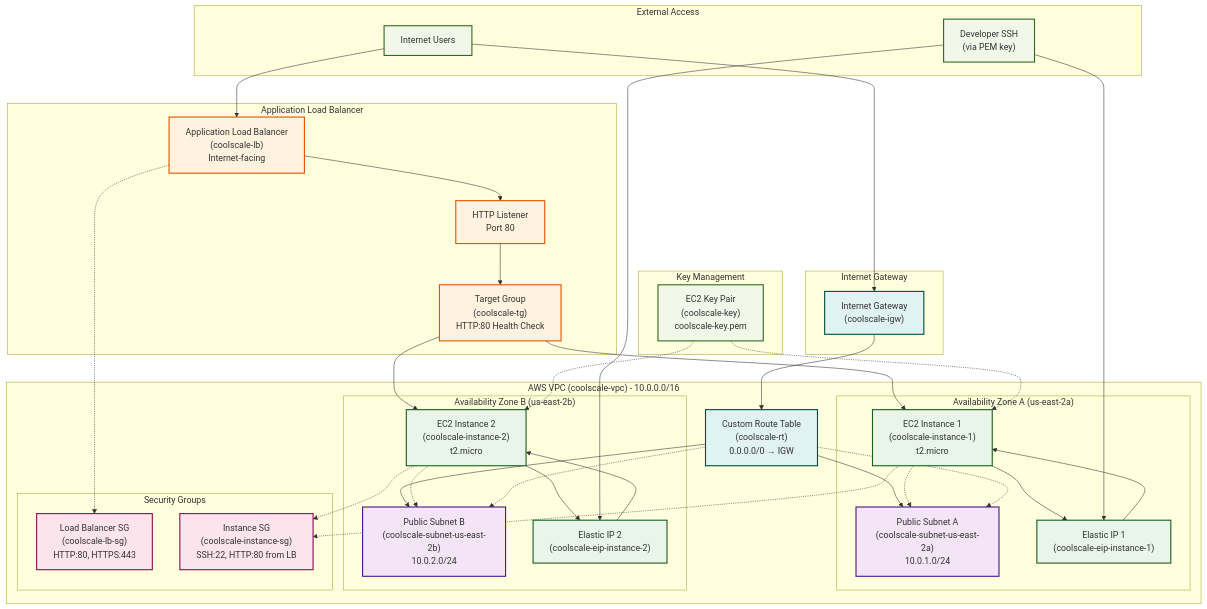
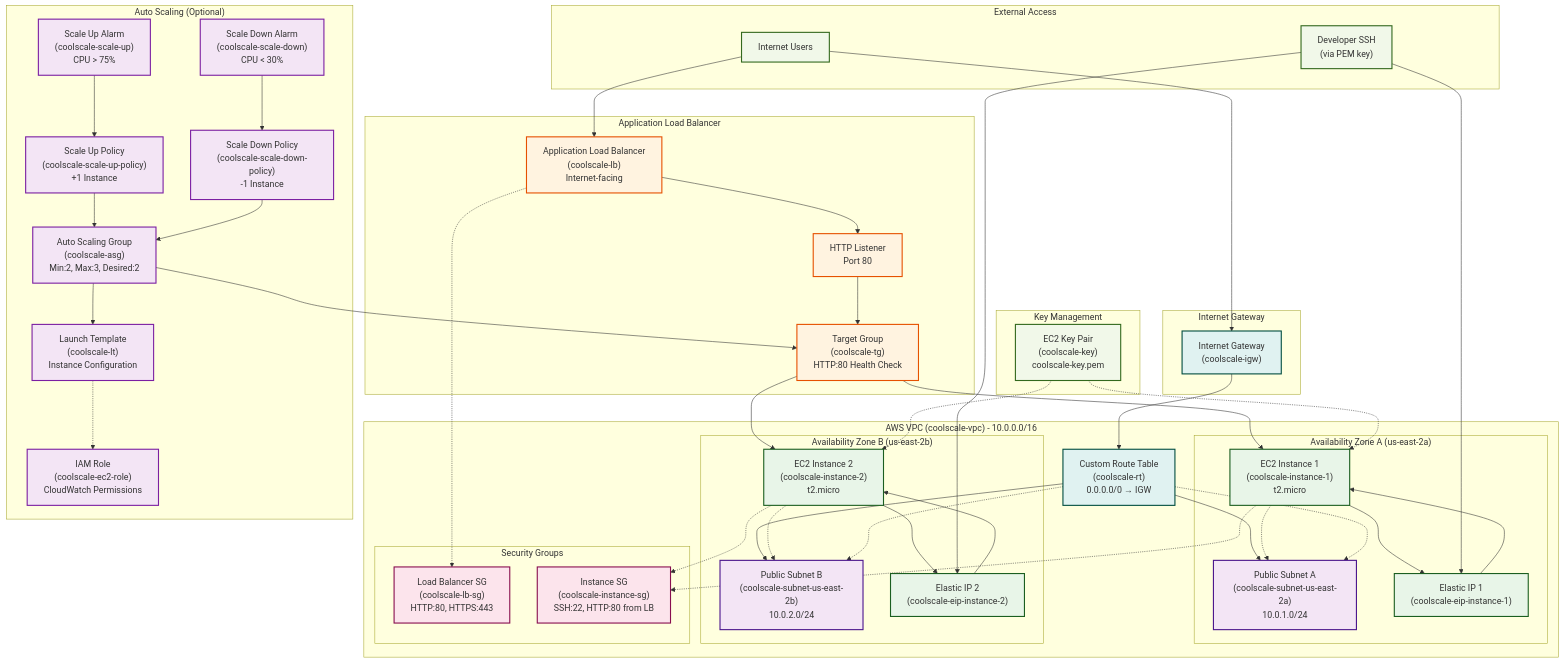
The diagram in README.md (srirajagopal/lb_exercise), drawn with Mermaid before and after one commit. The commit also changed other lines of this file and 2 other files, not shown here.

First line of the commit message:
Fix Auto Scaling implementation and update documentation

````diff
--- a/README.md
+++ b/README.md
@@ -49,6 +49,16 @@
     
     subgraph "Key Management"
         kp["EC2 Key Pair<br/>(coolscale-key)<br/>coolscale-key.pem"]
+    end
+    
+    subgraph "Auto Scaling (Optional)"
+        lt["Launch Template<br/>(coolscale-lt)<br/>Instance Configuration"]
+        asg["Auto Scaling Group<br/>(coolscale-asg)<br/>Min:2, Max:3, Desired:2"]
+        policy_up["Scale Up Policy<br/>(coolscale-scale-up-policy)<br/>+1 Instance"]
+        policy_down["Scale Down Policy<br/>(coolscale-scale-down-policy)<br/>-1 Instance"]
+        alarm_up["Scale Up Alarm<br/>(coolscale-scale-up)<br/>CPU > 75%"]
+        alarm_down["Scale Down Alarm<br/>(coolscale-scale-down)<br/>CPU < 30%"]
+        iam_role["IAM Role<br/>(coolscale-ec2-role)<br/>CloudWatch Permissions"]
     end
     
     subgraph "External Access"
@@ -94,6 +104,15 @@
     rt -.-> subnet1
     rt -.-> subnet2
     
+    %% Auto Scaling connections
+    asg --> lt
+    asg --> tg
+    alarm_up --> policy_up
+    alarm_down --> policy_down
+    policy_up --> asg
+    policy_down --> asg
+    lt -.-> iam_role
+    
     %% Styling
     classDef vpc fill:#e1f5fe,stroke:#01579b,stroke-width:2px
     classDef subnet fill:#f3e5f5,stroke:#4a148c,stroke-width:2px
@@ -102,6 +121,7 @@
     classDef security fill:#fce4ec,stroke:#880e4f,stroke-width:2px
     classDef network fill:#e0f2f1,stroke:#004d40,stroke-width:2px
     classDef external fill:#f1f8e9,stroke:#33691e,stroke-width:2px
+    classDef autoscaling fill:#f3e5f5,stroke:#7b1fa2,stroke-width:2px
     
     class subnet1,subnet2 subnet
     class instance1,instance2,eip1,eip2 instance
@@ -109,4 +129,5 @@
     class lb_sg,instance_sg security
     class igw,rt network
     class internet,user,kp external
+    class lt,asg,policy_up,policy_down,alarm_up,alarm_down,iam_role autoscaling
 ```
````
